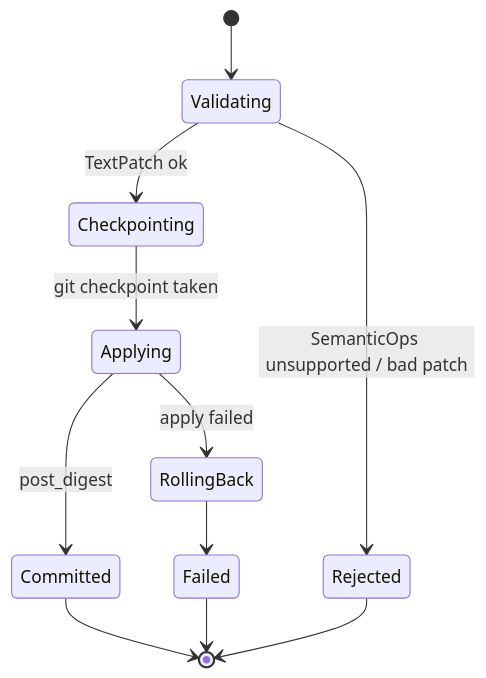
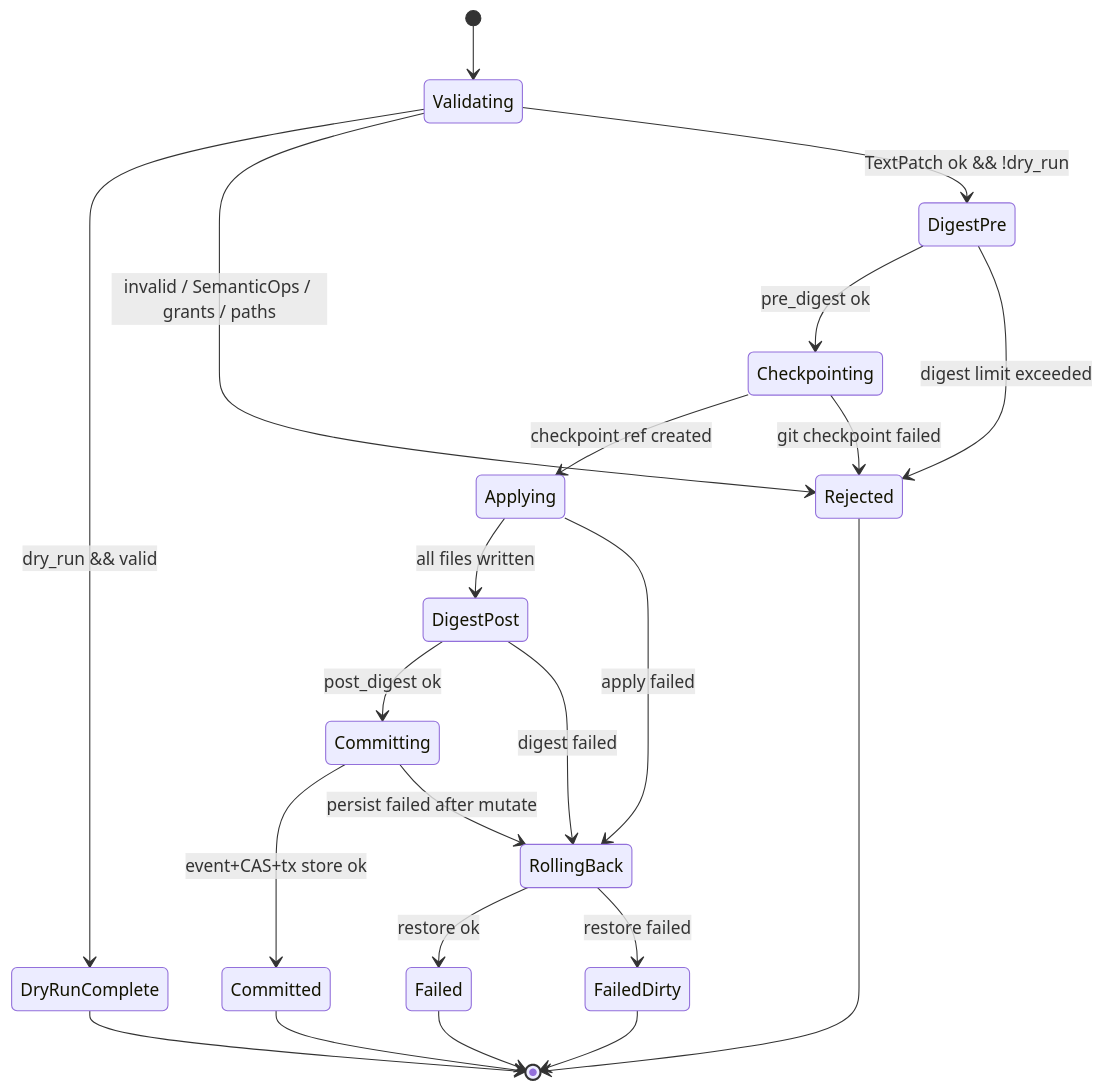
Before and after one commit to arkadianet/Alloy: the first of 3 diagrams in docs/rfcs/RFC-0008-edit-engine.md, drawn with Mermaid. The commit also changed other lines of this file, not shown here.

First line of the commit message:
docs(RFC-0008): Expand EditEngine TextPatch + git checkpoint RFC

````diff
--- a/docs/rfcs/RFC-0008-edit-engine.md
+++ b/docs/rfcs/RFC-0008-edit-engine.md
@@ -79,13 +678,24 @@
 ```mermaid
 stateDiagram-v2
   [*] --> Validating
-  Validating --> Checkpointing: TextPatch ok
-  Validating --> Rejected: SemanticOps unsupported / bad patch
-  Checkpointing --> Applying: git checkpoint taken
-  Applying --> Committed: post_digest
+  Validating --> DryRunComplete: dry_run && valid
+  Validating --> Rejected: invalid / SemanticOps / grants / paths
+  Validating --> DigestPre: TextPatch ok && !dry_run
+  DigestPre --> Checkpointing: pre_digest ok
+  DigestPre --> Rejected: digest limit exceeded
+  Checkpointing --> Applying: checkpoint ref created
+  Checkpointing --> Rejected: git checkpoint failed
+  Applying --> DigestPost: all files written
   Applying --> RollingBack: apply failed
-  RollingBack --> Failed
+  DigestPost --> Committing: post_digest ok
+  DigestPost --> RollingBack: digest failed
+  Committing --> Committed: event+CAS+tx store ok
+  Committing --> RollingBack: persist failed after mutate
+  RollingBack --> Failed: restore ok
+  RollingBack --> FailedDirty: restore failed
+  DryRunComplete --> [*]
   Committed --> [*]
   Rejected --> [*]
   Failed --> [*]
+  FailedDirty --> [*]
 ```
````
